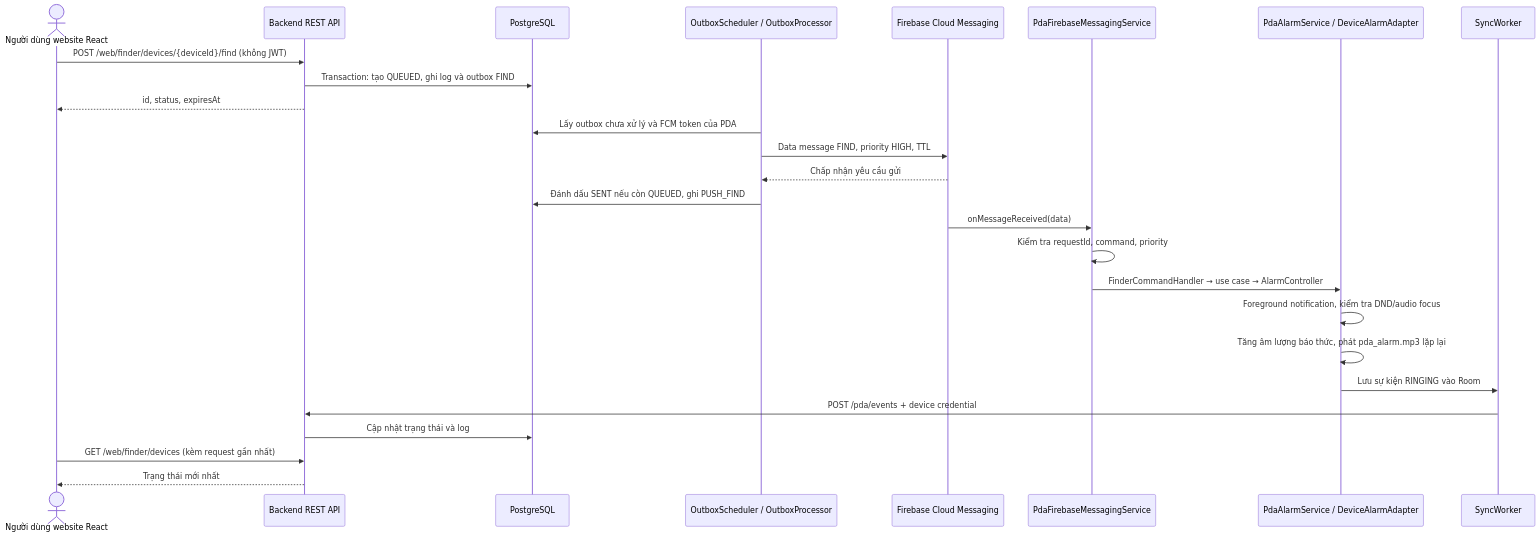
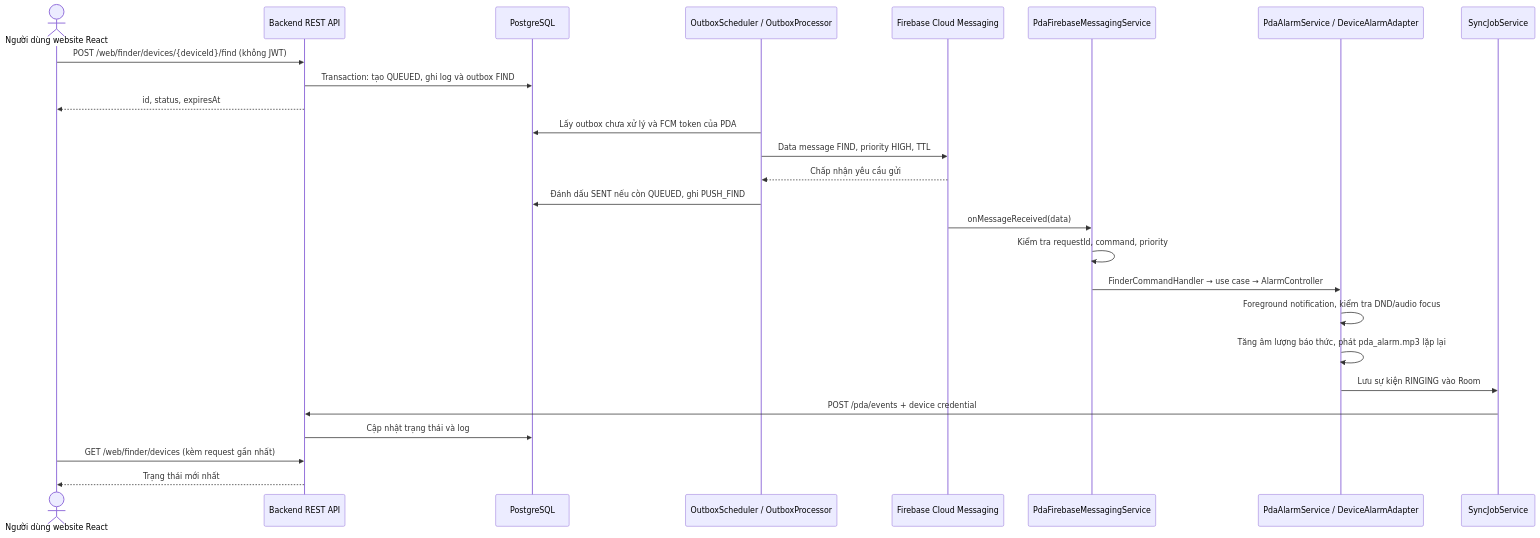
Before and after one commit to ThienDuc1112/spa_device: the diagram in docs/20-fcm-to-pda-alarm-guide.md, drawn with Mermaid. The commit also changed other lines of this file and 84 other files, not shown here.

Commit message:
Refactor PDA API calls and session authentication; convert schema scripts to Oracle

````diff
--- a/docs/20-fcm-to-pda-alarm-guide.md
+++ b/docs/20-fcm-to-pda-alarm-guide.md
@@ -9,28 +9,28 @@
 ```mermaid
 sequenceDiagram
     actor Manager as Người dùng website React
     participant API as Backend REST API
     participant DB as PostgreSQL
     participant Worker as OutboxScheduler / OutboxProcessor
     participant FCM as Firebase Cloud Messaging
     participant Receiver as PdaFirebaseMessagingService
     participant Alarm as PdaAlarmService / DeviceAlarmAdapter
-    participant Sync as SyncWorker
+    participant Sync as SyncJobService
     Manager->>API: POST /web/finder/devices/{deviceId}/find (không JWT)
     API->>DB: Transaction: tạo QUEUED, ghi log và outbox FIND
     API-->>Manager: id, status, expiresAt
     Worker->>DB: Lấy outbox chưa xử lý và FCM token của PDA
     Worker->>FCM: Data message FIND, priority HIGH, TTL
     FCM-->>Worker: Chấp nhận yêu cầu gửi
     Worker->>DB: Đánh dấu SENT nếu còn QUEUED, ghi PUSH_FIND
     FCM->>Receiver: onMessageReceived(data)
     Receiver->>Receiver: Kiểm tra requestId, command, priority
     Receiver->>Alarm: FinderCommandHandler → use case → AlarmController
     Alarm->>Alarm: Foreground notification, kiểm tra DND/audio focus
     Alarm->>Alarm: Tăng âm lượng báo thức, phát pda_alarm.mp3 lặp lại
     Alarm->>Sync: Lưu sự kiện RINGING vào Room
     Sync->>API: POST /pda/events + device credential
     API->>DB: Cập nhật trạng thái và log
     Manager->>API: GET /web/finder/devices (kèm request gần nhất)
     API-->>Manager: Trạng thái mới nhất
 ```
````
